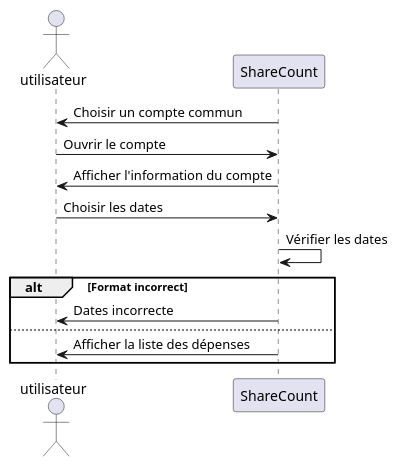
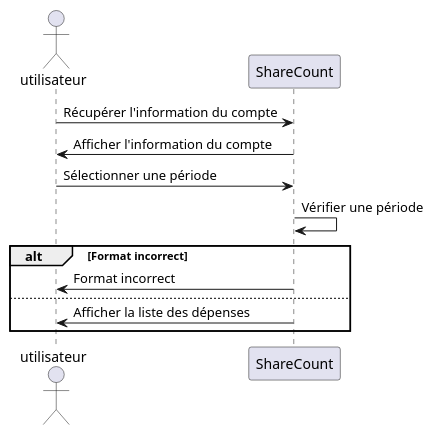
Before and after one commit to lmtb06/sharecount: the diagram in diagrammes/specification/sequence/consulter-la-liste-des-depenses.puml, drawn with PlantUML. The commit also changed 4 other files, not shown here.

Commit message:
Modification des diagrammes 7-10

```diff
--- a/diagrammes/specification/sequence/consulter-la-liste-des-depenses.puml
+++ b/diagrammes/specification/sequence/consulter-la-liste-des-depenses.puml
@@ -1,19 +1,18 @@
 @startuml  Consulter la liste des dépenses/montant de la cagnotte
 
 actor utilisateur as u
 participant ShareCount as sc
 
-sc -> u : Choisir un compte commun
-u -> sc : Ouvrir le compte
+u -> sc : Récupérer l'information du compte
 sc -> u : Afficher l'information du compte
-u -> sc : Choisir les dates
-sc -> sc : Vérifier les dates
+u -> sc : Sélectionner une période
+sc -> sc : Vérifier une période
 
 alt Format incorrect
-sc -> u : Dates incorrecte
+sc -> u : Format incorrect
 else
 
 sc -> u : Afficher la liste des dépenses
 end
 
 @enduml
```
